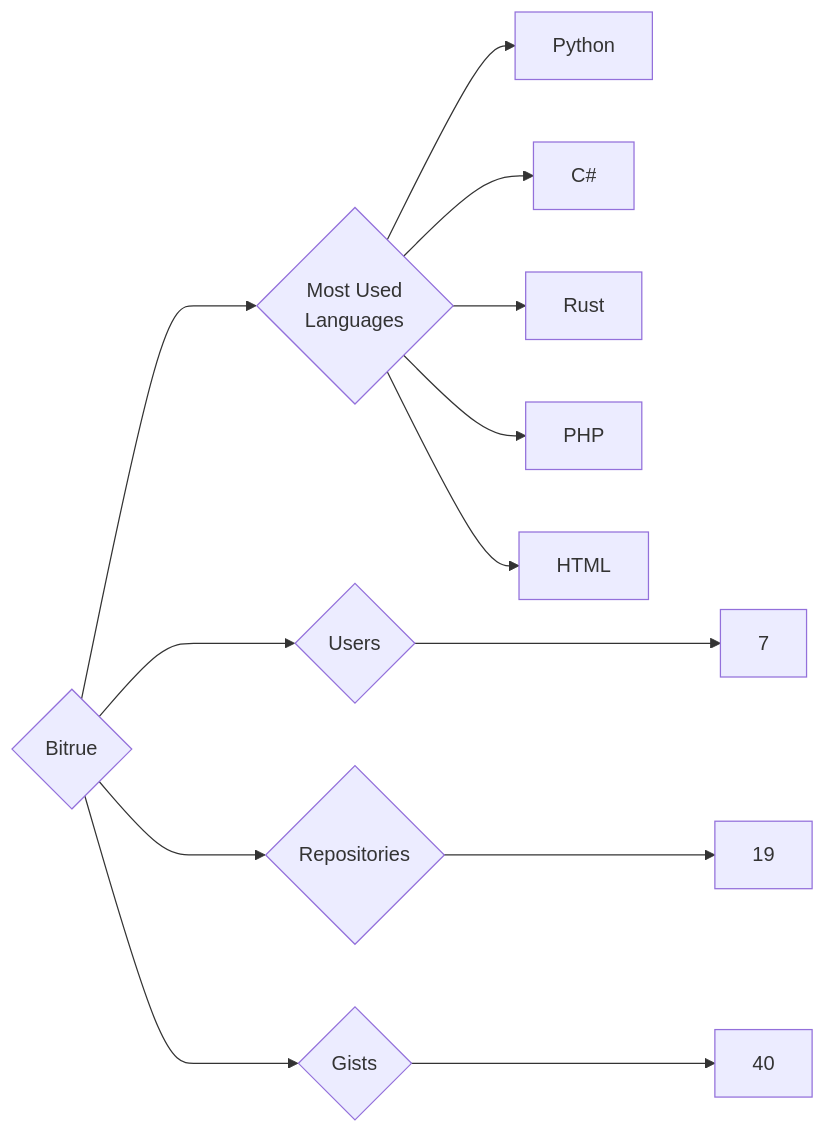
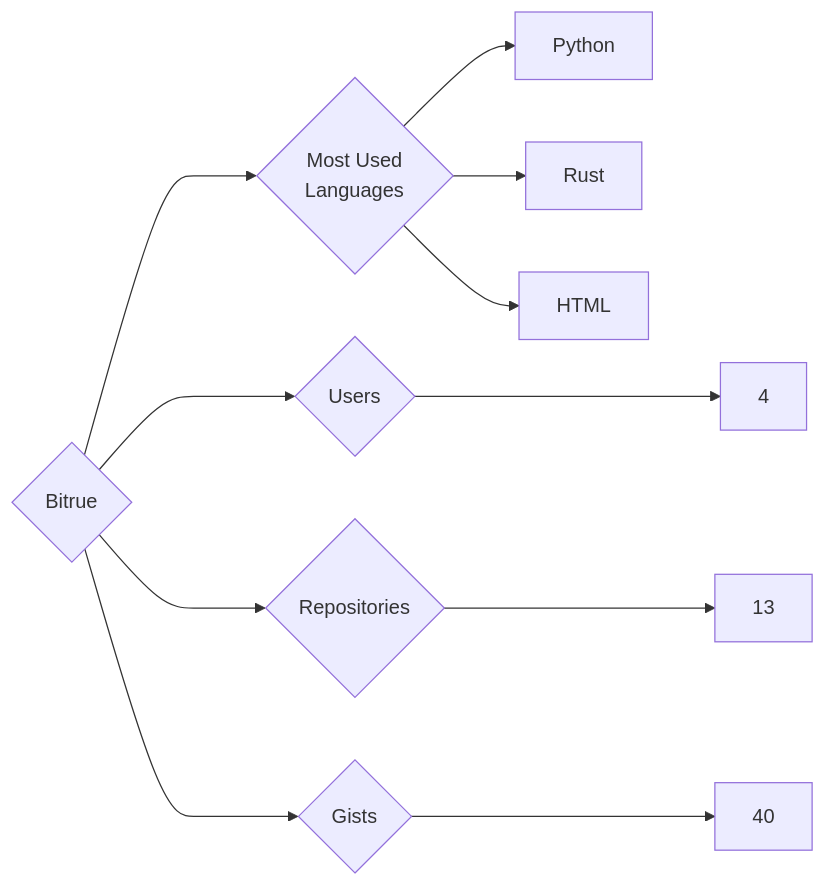
The diagram in targets/Bitrue/README.md (trickest/insiders), drawn with Mermaid before and after one commit. The commit also changed 1148 other files, not shown here.

````diff
--- a/targets/Bitrue/README.md
+++ b/targets/Bitrue/README.md
@@ -3,13 +3,11 @@
 ```mermaid
 graph LR
 COMPANY_NAME{Bitrue}
-COMPANY_NAME ---> U{Users} ---> UN[7]
-COMPANY_NAME ---> R{Repositories} ---> RN[19]
+COMPANY_NAME ---> U{Users} ---> UN[4]
+COMPANY_NAME ---> R{Repositories} ---> RN[13]
 COMPANY_NAME ---> G{Gists} ---> GN[40]
 COMPANY_NAME ---> ML{Most Used<br>Languages}
 ML --> Python[Python]
-ML --> C#[C#]
 ML --> Rust[Rust]
-ML --> PHP[PHP]
 ML --> HTML[HTML]
 ```
````
